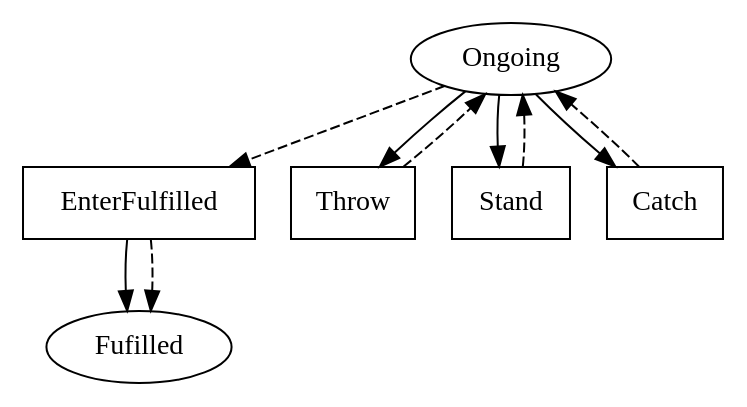
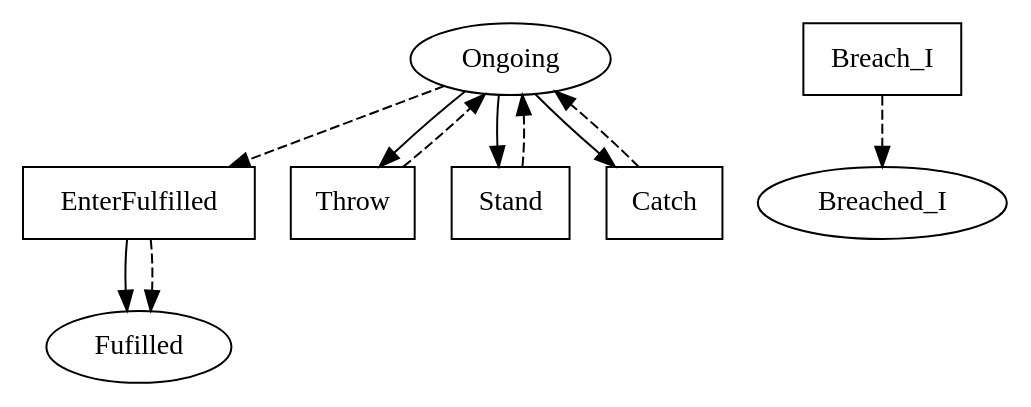
The diagram in linear_state_machine_language/pyL4/examples/out_graphviz/toy_and_teaching/minimal_future-actions.dot (Marcao02/complaw-deeptech), drawn with Graphviz before and after one commit. The commit also changed 37 other files, not shown here.

Commit message:
remove old generated SAFE files. regen graphviz output.

```diff
--- a/linear_state_machine_language/pyL4/examples/out_graphviz/toy_and_teaching/minimal_future-actions.dot
+++ b/linear_state_machine_language/pyL4/examples/out_graphviz/toy_and_teaching/minimal_future-actions.dot
@@ -1,27 +1,30 @@
 // THIS IS A GENERATED FILE. DO NOT EDIT.
 
 digraph test_contract_for_must_later {    
     Fulfilled[label=Fufilled];
-    Ongoing[label=Ongoing]
+    Ongoing[label=Ongoing];
+	Breached_I[label=Breached_I]
     
     EnterFulfilled[label=EnterFufilled,shape=box]; 
     Throw[label=Throw,shape=box];
 	Stand[label=Stand,shape=box];
 	Catch[label=Catch,shape=box];
-	EnterFulfilled[label=EnterFulfilled,shape=box]    
+	EnterFulfilled[label=EnterFulfilled,shape=box];
+	Breach_I[label=Breach_I,shape=box]    
     
     EnterFulfilled -> Fulfilled;
     
     Ongoing -> Throw;
 	Ongoing -> Stand;
 	Ongoing -> EnterFulfilled [style=dashed];
 	Ongoing -> Catch
     
     Throw -> Ongoing [style=dashed];
 	Stand -> Ongoing [style=dashed];
 	Catch -> Ongoing [style=dashed];
 	EnterFulfilled -> Fulfilled [style=dashed];
+	Breach_I -> Breached_I [style=dashed];
 	     
     
        
 }
```
